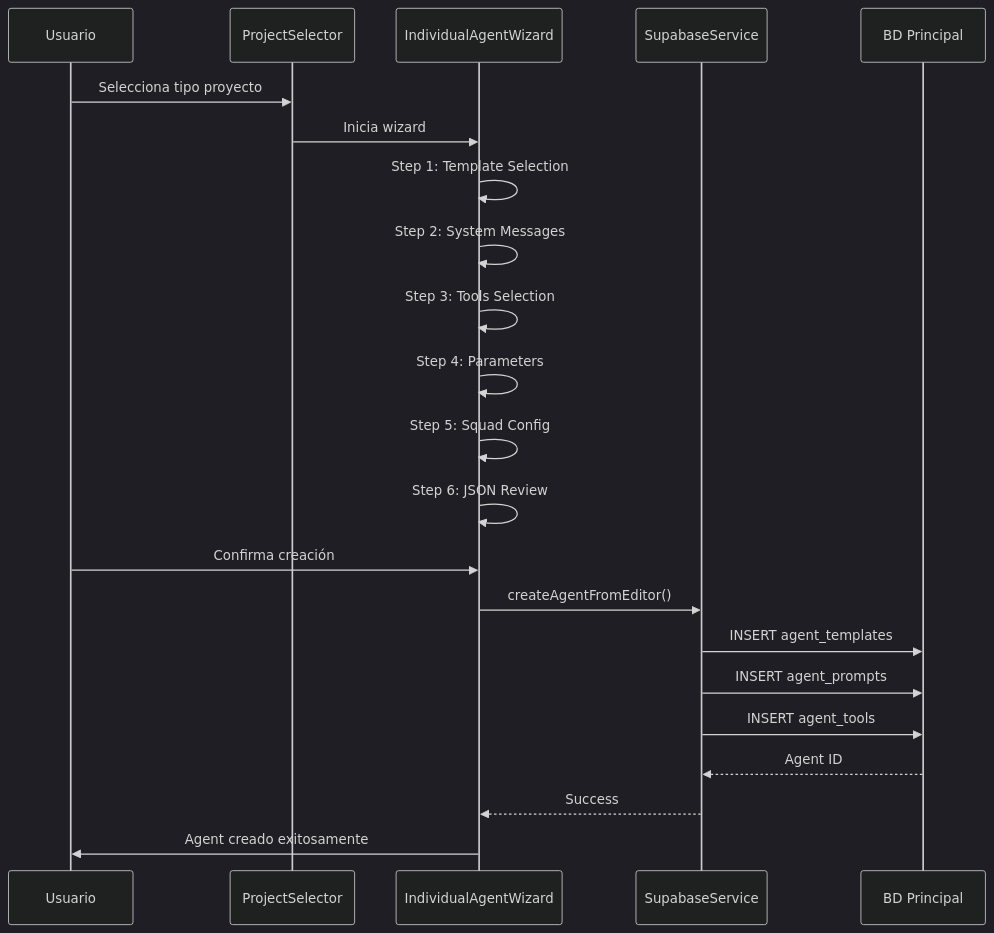
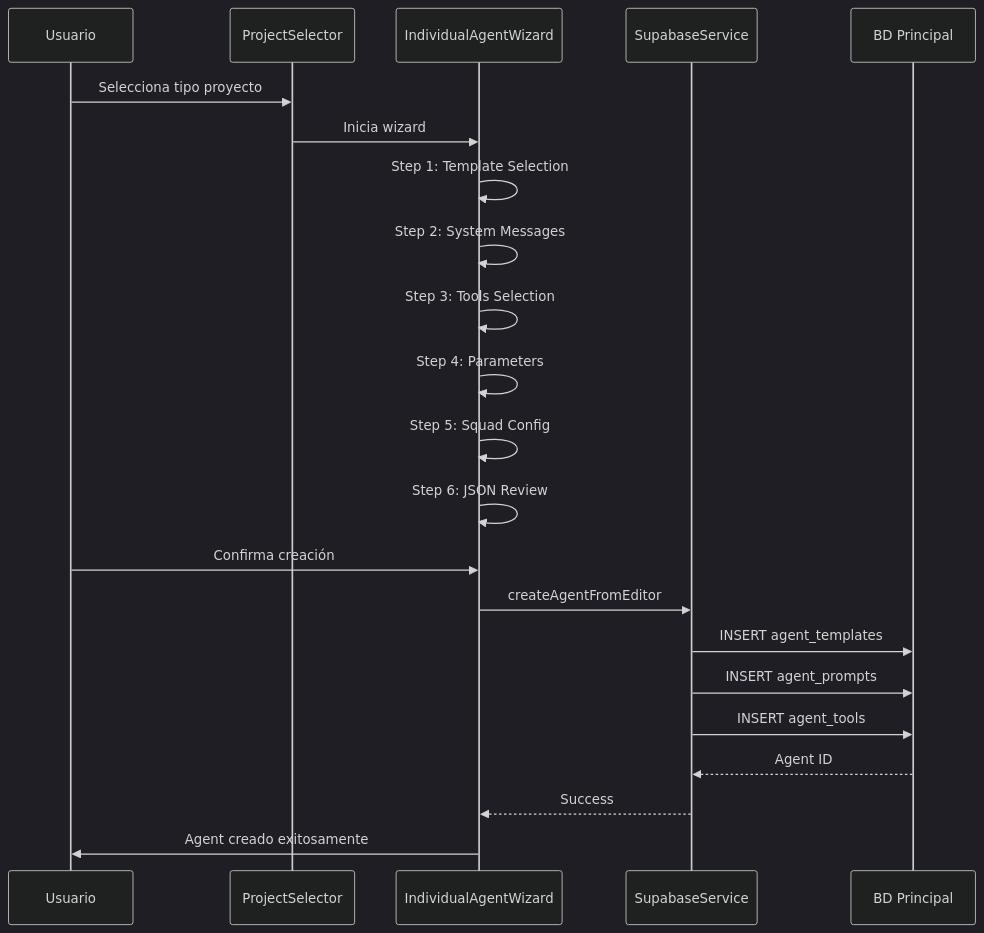
Before and after one commit to rodrigo-vidanta/analisis_web: the eighth of 16 diagrams in docs/ARCHITECTURE_DIAGRAMS.md, drawn with Mermaid (dark theme). The commit also changed other lines of this file, not shown here.

First line of the commit message:
🔧 Corregir sintaxis de diagramas Mermaid

````diff
--- a/docs/ARCHITECTURE_DIAGRAMS.md
+++ b/docs/ARCHITECTURE_DIAGRAMS.md
@@ -477,25 +477,25 @@
 ```mermaid
 sequenceDiagram
     participant U as Usuario
     participant PS as ProjectSelector
     participant IAW as IndividualAgentWizard
     participant SS as SupabaseService
     participant BD as BD Principal
     
     U->>PS: Selecciona tipo proyecto
     PS->>IAW: Inicia wizard
     IAW->>IAW: Step 1: Template Selection
     IAW->>IAW: Step 2: System Messages
     IAW->>IAW: Step 3: Tools Selection
     IAW->>IAW: Step 4: Parameters
     IAW->>IAW: Step 5: Squad Config
     IAW->>IAW: Step 6: JSON Review
     U->>IAW: Confirma creación
-    IAW->>SS: createAgentFromEditor()
+    IAW->>SS: createAgentFromEditor
     SS->>BD: INSERT agent_templates
     SS->>BD: INSERT agent_prompts
     SS->>BD: INSERT agent_tools
     BD-->>SS: Agent ID
     SS-->>IAW: Success
     IAW->>U: Agent creado exitosamente
 ```
````
